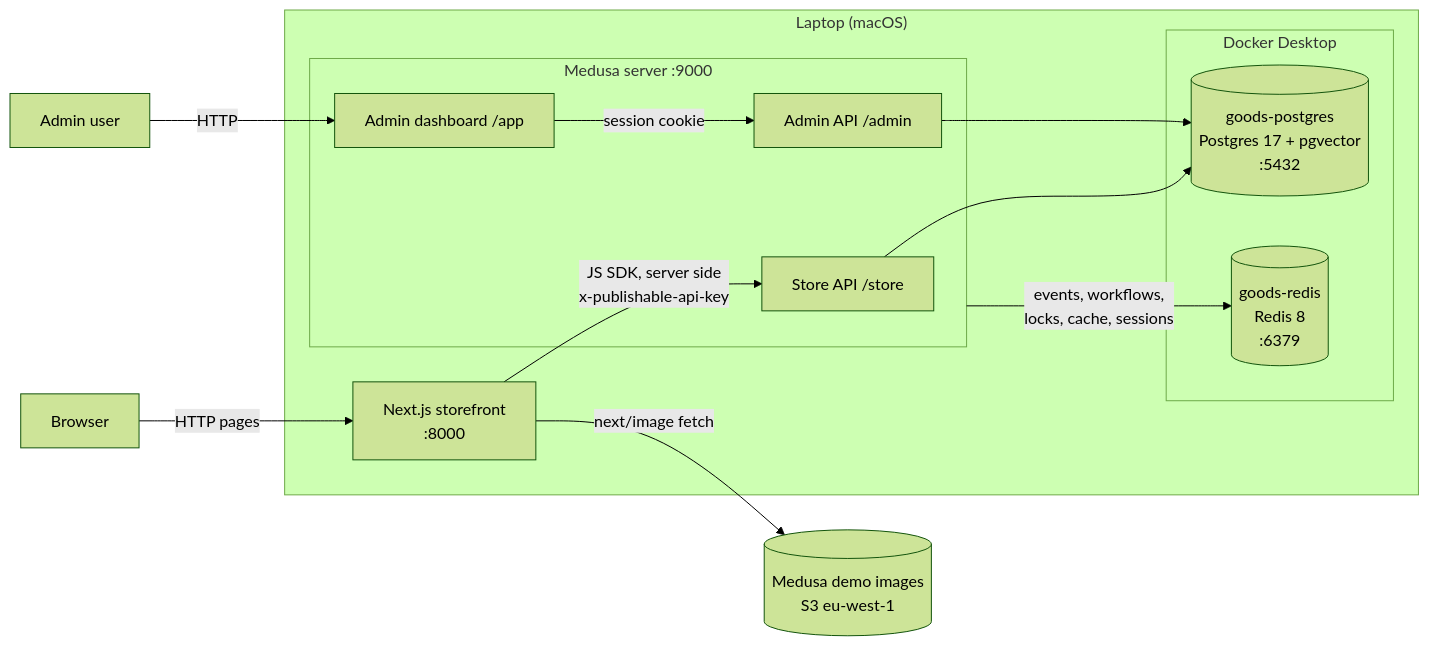
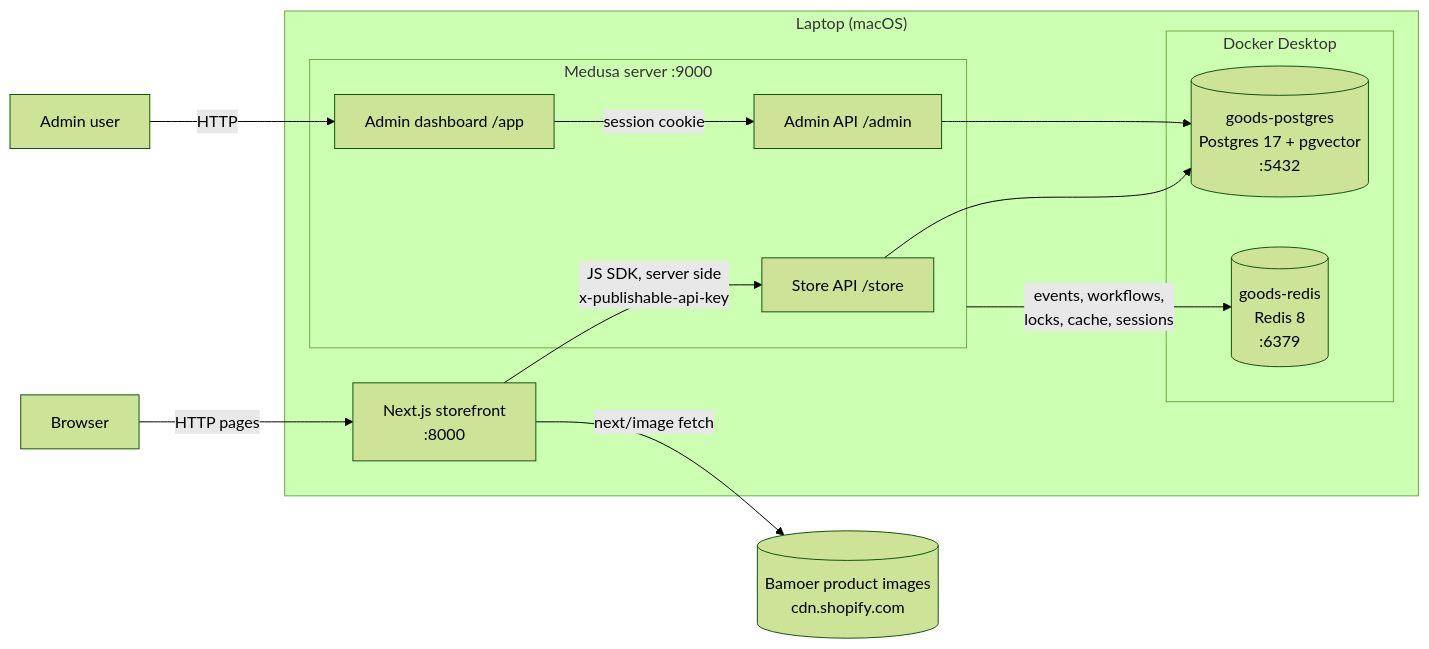
Before and after one commit to Tirso0882/goods: the diagram in docs/architecture/components.md, drawn with Mermaid (forest theme). The commit also changed other lines of this file and 5 other files, not shown here.

````diff
--- a/docs/architecture/components.md
+++ b/docs/architecture/components.md
@@ -5,29 +5,29 @@
 ```mermaid
 flowchart LR
   Browser["Browser"]
   Admin["Admin user"]
 
   subgraph Laptop["Laptop (macOS)"]
     Storefront["Next.js storefront<br/>:8000"]
     subgraph Medusa["Medusa server :9000"]
       StoreAPI["Store API /store"]
       AdminAPI["Admin API /admin"]
       Dashboard["Admin dashboard /app"]
     end
     subgraph Docker["Docker Desktop"]
       Postgres[("goods-postgres<br/>Postgres 17 + pgvector<br/>:5432")]
       Redis[("goods-redis<br/>Redis 8<br/>:6379")]
     end
   end
 
-  S3[("Medusa demo images<br/>S3 eu-west-1")]
+  S3[("Bamoer product images<br/>cdn.shopify.com")]
 
   Browser -->|"HTTP pages"| Storefront
   Storefront -->|"JS SDK, server side<br/>x-publishable-api-key"| StoreAPI
   Storefront -->|"next/image fetch"| S3
   Admin -->|"HTTP"| Dashboard
   Dashboard -->|"session cookie"| AdminAPI
   StoreAPI --> Postgres
   AdminAPI --> Postgres
   Medusa -->|"events, workflows,<br/>locks, cache, sessions"| Redis
 ```
````
